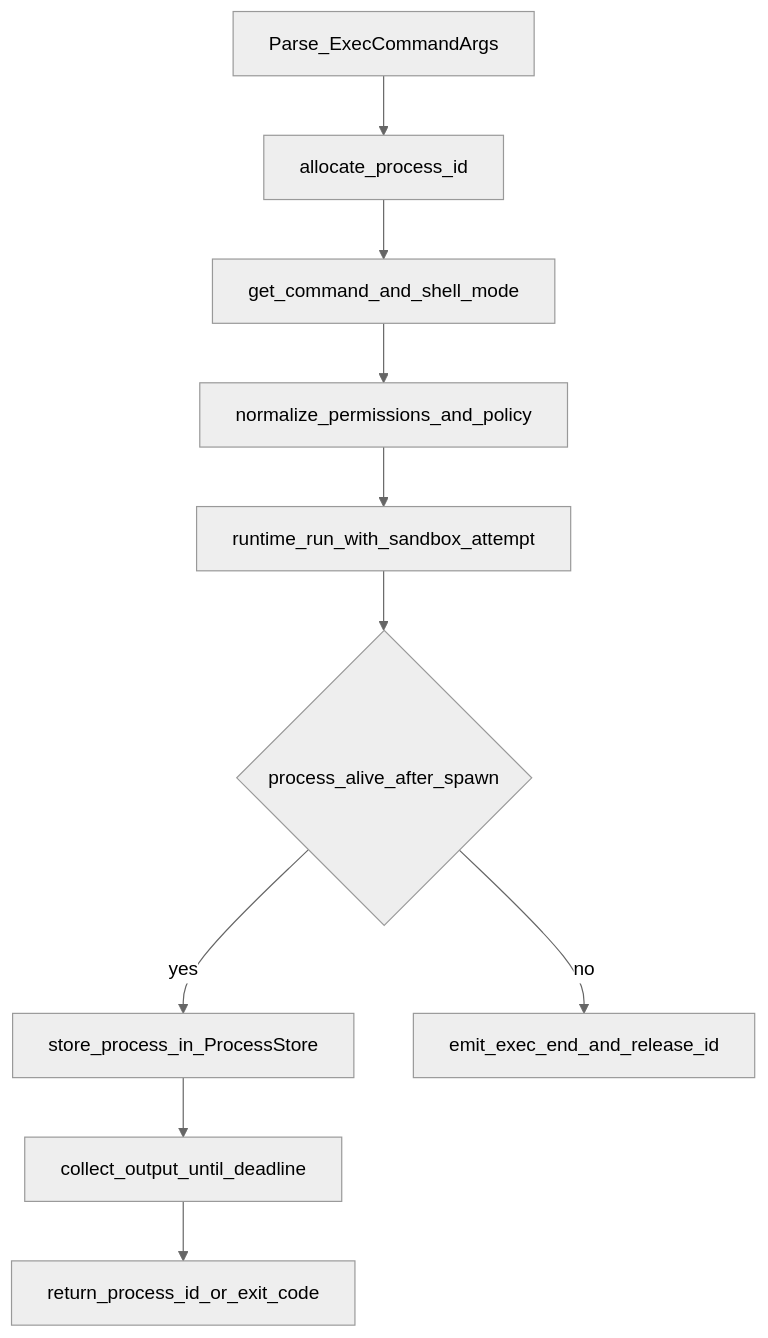
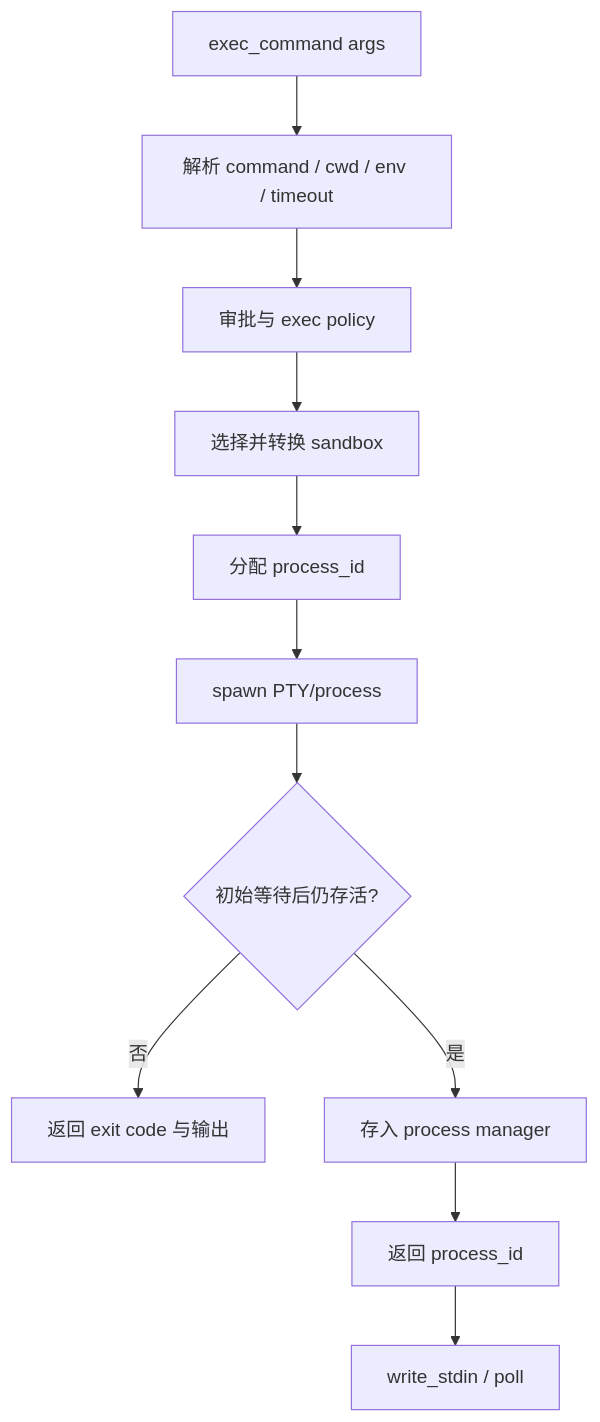
The diagram in Part II Source Analysis/10-命令执行与unified_exec.md (GLBB/codex-source-analysis), drawn with Mermaid before and after one commit. The commit also changed other lines of this file and 49 other files, not shown here.

````diff
--- a/Part II Source Analysis/10-命令执行与unified_exec.md
+++ b/Part II Source Analysis/10-命令执行与unified_exec.md
@@ -200,13 +18,13 @@
 ```mermaid
-%%{init:{'theme':'neutral','themeVariables':{'background':'#ffffff'}}}%%
 flowchart TD
-    A["Parse_ExecCommandArgs"] --> B["allocate_process_id"]
-    B --> C["get_command_and_shell_mode"]
-    C --> D["normalize_permissions_and_policy"]
-    D --> E["runtime_run_with_sandbox_attempt"]
-    E --> F{"process_alive_after_spawn"}
-    F -- "yes" --> G["store_process_in_ProcessStore"]
-    F -- "no" --> H["emit_exec_end_and_release_id"]
-    G --> I["collect_output_until_deadline"]
-    I --> J["return_process_id_or_exit_code"]
+    A[exec_command args] --> B[解析 command / cwd / env / timeout]
+    B --> C[审批与 exec policy]
+    C --> D[选择并转换 sandbox]
+    D --> E[分配 process_id]
+    E --> F[spawn PTY/process]
+    F --> G{初始等待后仍存活?}
+    G -- 否 --> H[返回 exit code 与输出]
+    G -- 是 --> I[存入 process manager]
+    I --> J[返回 process_id]
+    J --> K[write_stdin / poll]
 ```
````
